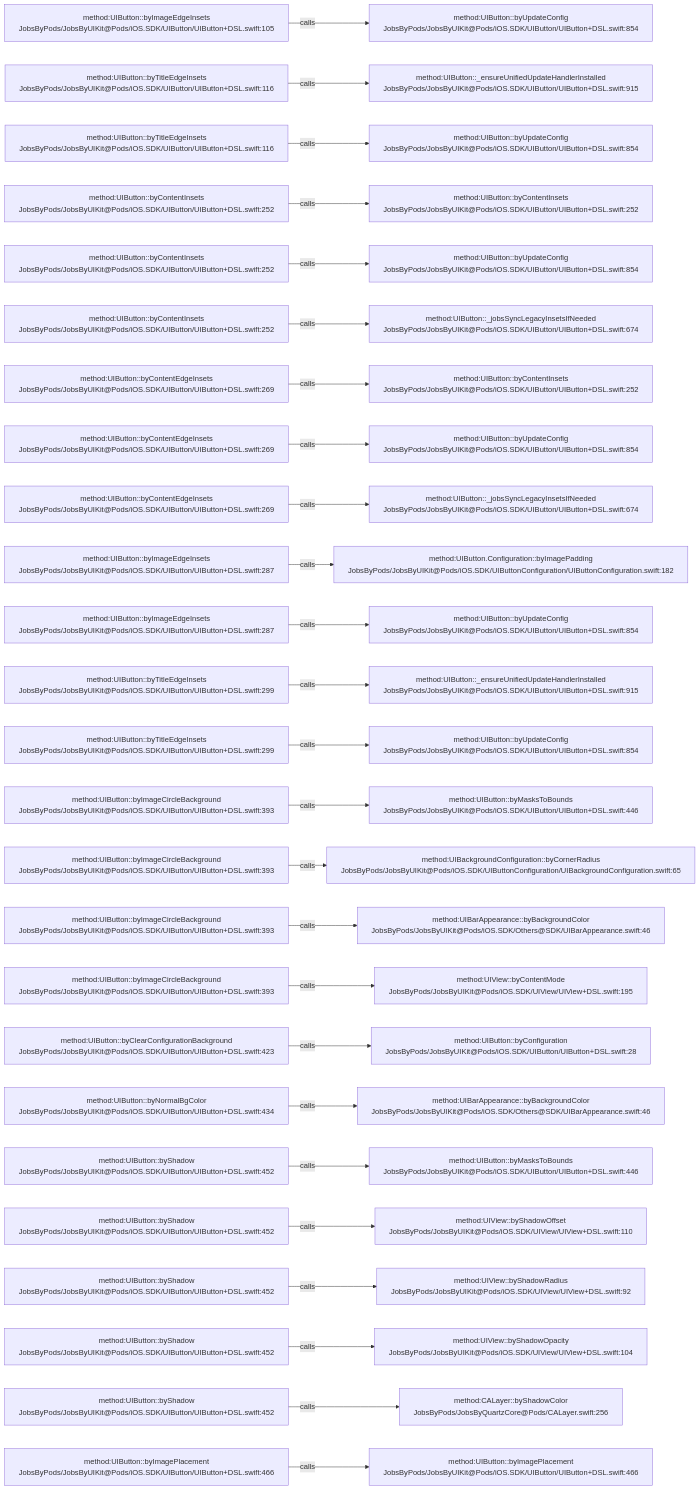
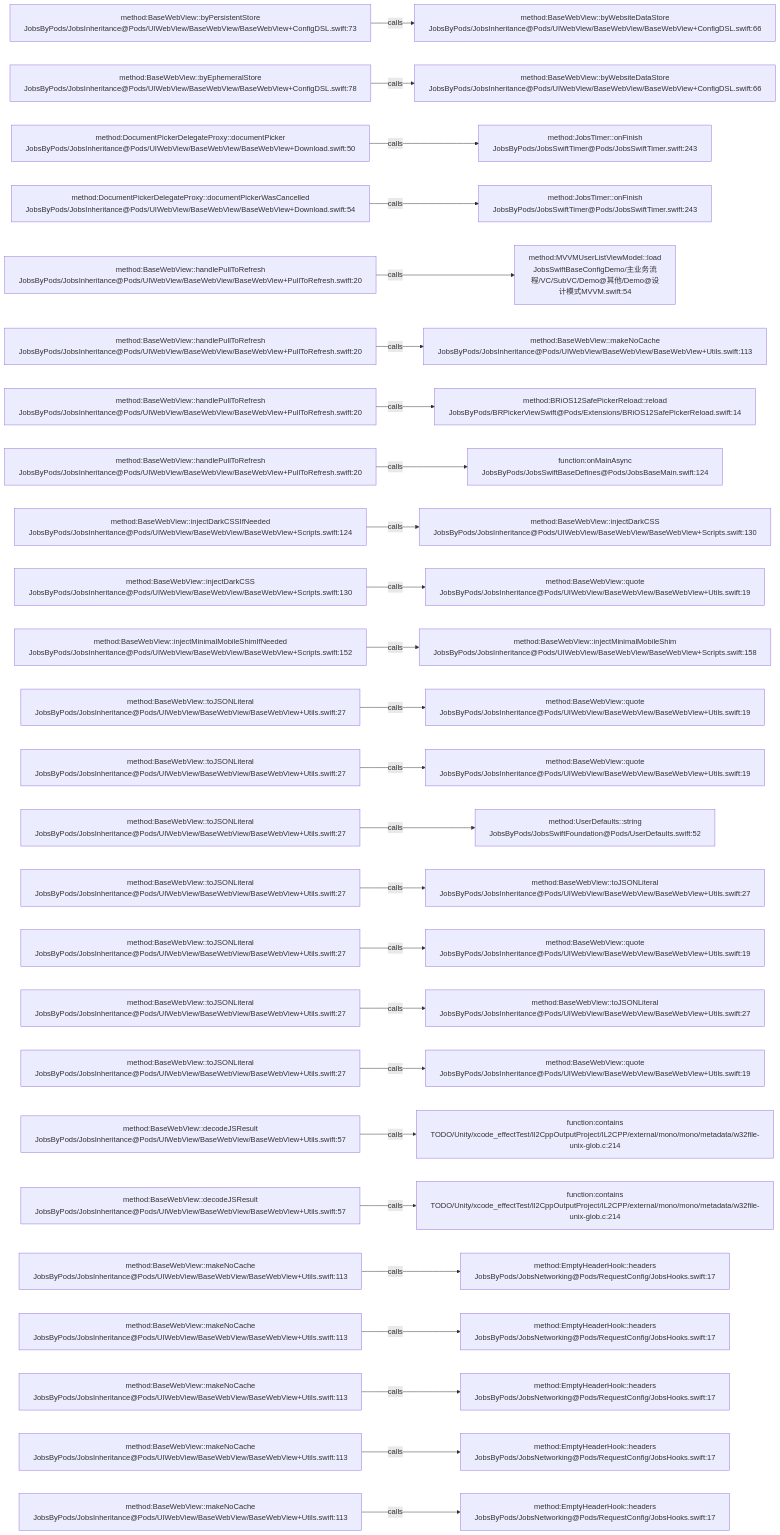
One commit to JobsKits/JobsSwiftBaseConfigDemo changed the diagram in .codegraph/codegraph.md/graphs/calls-035.md. Above: the diagram before and after it, drawn with Mermaid. The commit also changed 569 other files, not shown here.

````diff
--- a/.codegraph/codegraph.md/graphs/calls-035.md
+++ b/.codegraph/codegraph.md/graphs/calls-035.md
@@ -13,78 +13,78 @@
 ```mermaid
 flowchart LR
-  S1["method:UIButton::byImageEdgeInsets<br/>JobsByPods/JobsByUIKit@Pods/iOS.SDK/UIButton/UIButton+DSL.swift:105"]
-  T1["method:UIButton::byUpdateConfig<br/>JobsByPods/JobsByUIKit@Pods/iOS.SDK/UIButton/UIButton+DSL.swift:854"]
+  S1["method:BaseWebView::byPersistentStore<br/>JobsByPods/JobsInheritance@Pods/UIWebView/BaseWebView/BaseWebView+ConfigDSL.swift:73"]
+  T1["method:BaseWebView::byWebsiteDataStore<br/>JobsByPods/JobsInheritance@Pods/UIWebView/BaseWebView/BaseWebView+ConfigDSL.swift:66"]
   S1 -->|calls| T1
-  S2["method:UIButton::byTitleEdgeInsets<br/>JobsByPods/JobsByUIKit@Pods/iOS.SDK/UIButton/UIButton+DSL.swift:116"]
-  T2["method:UIButton::_ensureUnifiedUpdateHandlerInstalled<br/>JobsByPods/JobsByUIKit@Pods/iOS.SDK/UIButton/UIButton+DSL.swift:915"]
+  S2["method:BaseWebView::byEphemeralStore<br/>JobsByPods/JobsInheritance@Pods/UIWebView/BaseWebView/BaseWebView+ConfigDSL.swift:78"]
+  T2["method:BaseWebView::byWebsiteDataStore<br/>JobsByPods/JobsInheritance@Pods/UIWebView/BaseWebView/BaseWebView+ConfigDSL.swift:66"]
   S2 -->|calls| T2
-  S3["method:UIButton::byTitleEdgeInsets<br/>JobsByPods/JobsByUIKit@Pods/iOS.SDK/UIButton/UIButton+DSL.swift:116"]
-  T3["method:UIButton::byUpdateConfig<br/>JobsByPods/JobsByUIKit@Pods/iOS.SDK/UIButton/UIButton+DSL.swift:854"]
+  S3["method:DocumentPickerDelegateProxy::documentPicker<br/>JobsByPods/JobsInheritance@Pods/UIWebView/BaseWebView/BaseWebView+Download.swift:50"]
+  T3["method:JobsTimer::onFinish<br/>JobsByPods/JobsSwiftTimer@Pods/JobsSwiftTimer.swift:243"]
   S3 -->|calls| T3
-  S4["method:UIButton::byContentInsets<br/>JobsByPods/JobsByUIKit@Pods/iOS.SDK/UIButton/UIButton+DSL.swift:252"]
-  T4["method:UIButton::byContentInsets<br/>JobsByPods/JobsByUIKit@Pods/iOS.SDK/UIButton/UIButton+DSL.swift:252"]
+  S4["method:DocumentPickerDelegateProxy::documentPickerWasCancelled<br/>JobsByPods/JobsInheritance@Pods/UIWebView/BaseWebView/BaseWebView+Download.swift:54"]
+  T4["method:JobsTimer::onFinish<br/>JobsByPods/JobsSwiftTimer@Pods/JobsSwiftTimer.swift:243"]
   S4 -->|calls| T4
-  S5["method:UIButton::byContentInsets<br/>JobsByPods/JobsByUIKit@Pods/iOS.SDK/UIButton/UIButton+DSL.swift:252"]
-  T5["method:UIButton::byUpdateConfig<br/>JobsByPods/JobsByUIKit@Pods/iOS.SDK/UIButton/UIButton+DSL.swift:854"]
+  S5["method:BaseWebView::handlePullToRefresh<br/>JobsByPods/JobsInheritance@Pods/UIWebView/BaseWebView/BaseWebView+PullToRefresh.swift:20"]
+  T5["method:MVVMUserListViewModel::load<br/>JobsSwiftBaseConfigDemo/主业务流程/VC/SubVC/Demo@其他/Demo@设计模式MVVM.swift:54"]
   S5 -->|calls| T5
-  S6["method:UIButton::byContentInsets<br/>JobsByPods/JobsByUIKit@Pods/iOS.SDK/UIButton/UIButton+DSL.swift:252"]
-  T6["method:UIButton::_jobsSyncLegacyInsetsIfNeeded<br/>JobsByPods/JobsByUIKit@Pods/iOS.SDK/UIButton/UIButton+DSL.swift:674"]
+  S6["method:BaseWebView::handlePullToRefresh<br/>JobsByPods/JobsInheritance@Pods/UIWebView/BaseWebView/BaseWebView+PullToRefresh.swift:20"]
+  T6["method:BaseWebView::makeNoCache<br/>JobsByPods/JobsInheritance@Pods/UIWebView/BaseWebView/BaseWebView+Utils.swift:113"]
   S6 -->|calls| T6
-  S7["method:UIButton::byContentEdgeInsets<br/>JobsByPods/JobsByUIKit@Pods/iOS.SDK/UIButton/UIButton+DSL.swift:269"]
-  T7["method:UIButton::byContentInsets<br/>JobsByPods/JobsByUIKit@Pods/iOS.SDK/UIButton/UIButton+DSL.swift:252"]
+  S7["method:BaseWebView::handlePullToRefresh<br/>JobsByPods/JobsInheritance@Pods/UIWebView/BaseWebView/BaseWebView+PullToRefresh.swift:20"]
+  T7["method:BRiOS12SafePickerReload::reload<br/>JobsByPods/BRPickerViewSwift@Pods/Extensions/BRiOS12SafePickerReload.swift:14"]
   S7 -->|calls| T7
-  S8["method:UIButton::byContentEdgeInsets<br/>JobsByPods/JobsByUIKit@Pods/iOS.SDK/UIButton/UIButton+DSL.swift:269"]
-  T8["method:UIButton::byUpdateConfig<br/>JobsByPods/JobsByUIKit@Pods/iOS.SDK/UIButton/UIButton+DSL.swift:854"]
+  S8["method:BaseWebView::handlePullToRefresh<br/>JobsByPods/JobsInheritance@Pods/UIWebView/BaseWebView/BaseWebView+PullToRefresh.swift:20"]
+  T8["function:onMainAsync<br/>JobsByPods/JobsSwiftBaseDefines@Pods/JobsBaseMain.swift:124"]
   S8 -->|calls| T8
-  S9["method:UIButton::byContentEdgeInsets<br/>JobsByPods/JobsByUIKit@Pods/iOS.SDK/UIButton/UIButton+DSL.swift:269"]
-  T9["method:UIButton::_jobsSyncLegacyInsetsIfNeeded<br/>JobsByPods/JobsByUIKit@Pods/iOS.SDK/UIButton/UIButton+DSL.swift:674"]
+  S9["method:BaseWebView::injectDarkCSSIfNeeded<br/>JobsByPods/JobsInheritance@Pods/UIWebView/BaseWebView/BaseWebView+Scripts.swift:124"]
+  T9["method:BaseWebView::injectDarkCSS<br/>JobsByPods/JobsInheritance@Pods/UIWebView/BaseWebView/BaseWebView+Scripts.swift:130"]
   S9 -->|calls| T9
-  S10["method:UIButton::byImageEdgeInsets<br/>JobsByPods/JobsByUIKit@Pods/iOS.SDK/UIButton/UIButton+DSL.swift:287"]
-  T10["method:UIButton.Configuration::byImagePadding<br/>JobsByPods/JobsByUIKit@Pods/iOS.SDK/UIButtonConfiguration/UIButtonConfiguration.swift:182"]
+  S10["method:BaseWebView::injectDarkCSS<br/>JobsByPods/JobsInheritance@Pods/UIWebView/BaseWebView/BaseWebView+Scripts.swift:130"]
+  T10["method:BaseWebView::quote<br/>JobsByPods/JobsInheritance@Pods/UIWebView/BaseWebView/BaseWebView+Utils.swift:19"]
   S10 -->|calls| T10
-  S11["method:UIButton::byImageEdgeInsets<br/>JobsByPods/JobsByUIKit@Pods/iOS.SDK/UIButton/UIButton+DSL.swift:287"]
-  T11["method:UIButton::byUpdateConfig<br/>JobsByPods/JobsByUIKit@Pods/iOS.SDK/UIButton/UIButton+DSL.swift:854"]
+  S11["method:BaseWebView::injectMinimalMobileShimIfNeeded<br/>JobsByPods/JobsInheritance@Pods/UIWebView/BaseWebView/BaseWebView+Scripts.swift:152"]
+  T11["method:BaseWebView::injectMinimalMobileShim<br/>JobsByPods/JobsInheritance@Pods/UIWebView/BaseWebView/BaseWebView+Scripts.swift:158"]
   S11 -->|calls| T11
-  S12["method:UIButton::byTitleEdgeInsets<br/>JobsByPods/JobsByUIKit@Pods/iOS.SDK/UIButton/UIButton+DSL.swift:299"]
-  T12["method:UIButton::_ensureUnifiedUpdateHandlerInstalled<br/>JobsByPods/JobsByUIKit@Pods/iOS.SDK/UIButton/UIButton+DSL.swift:915"]
+  S12["method:BaseWebView::toJSONLiteral<br/>JobsByPods/JobsInheritance@Pods/UIWebView/BaseWebView/BaseWebView+Utils.swift:27"]
+  T12["method:BaseWebView::quote<br/>JobsByPods/JobsInheritance@Pods/UIWebView/BaseWebView/BaseWebView+Utils.swift:19"]
   S12 -->|calls| T12
-  S13["method:UIButton::byTitleEdgeInsets<br/>JobsByPods/JobsByUIKit@Pods/iOS.SDK/UIButton/UIButton+DSL.swift:299"]
-  T13["method:UIButton::byUpdateConfig<br/>JobsByPods/JobsByUIKit@Pods/iOS.SDK/UIButton/UIButton+DSL.swift:854"]
+  S13["method:BaseWebView::toJSONLiteral<br/>JobsByPods/JobsInheritance@Pods/UIWebView/BaseWebView/BaseWebView+Utils.swift:27"]
+  T13["method:BaseWebView::quote<br/>JobsByPods/JobsInheritance@Pods/UIWebView/BaseWebView/BaseWebView+Utils.swift:19"]
   S13 -->|calls| T13
-  S14["method:UIButton::byImageCircleBackground<br/>JobsByPods/JobsByUIKit@Pods/iOS.SDK/UIButton/UIButton+DSL.swift:393"]
-  T14["method:UIButton::byMasksToBounds<br/>JobsByPods/JobsByUIKit@Pods/iOS.SDK/UIButton/UIButton+DSL.swift:446"]
+  S14["method:BaseWebView::toJSONLiteral<br/>JobsByPods/JobsInheritance@Pods/UIWebView/BaseWebView/BaseWebView+Utils.swift:27"]
+  T14["method:UserDefaults::string<br/>JobsByPods/JobsSwiftFoundation@Pods/UserDefaults.swift:52"]
   S14 -->|calls| T14
-  S15["method:UIButton::byImageCircleBackground<br/>JobsByPods/JobsByUIKit@Pods/iOS.SDK/UIButton/UIButton+DSL.swift:393"]
-  T15["method:UIBackgroundConfiguration::byCornerRadius<br/>JobsByPods/JobsByUIKit@Pods/iOS.SDK/UIButtonConfiguration/UIBackgroundConfiguration.swift:65"]
+  S15["method:BaseWebView::toJSONLiteral<br/>JobsByPods/JobsInheritance@Pods/UIWebView/BaseWebView/BaseWebView+Utils.swift:27"]
+  T15["method:BaseWebView::toJSONLiteral<br/>JobsByPods/JobsInheritance@Pods/UIWebView/BaseWebView/BaseWebView+Utils.swift:27"]
   S15 -->|calls| T15
-  S16["method:UIButton::byImageCircleBackground<br/>JobsByPods/JobsByUIKit@Pods/iOS.SDK/UIButton/UIButton+DSL.swift:393"]
-  T16["method:UIBarAppearance::byBackgroundColor<br/>JobsByPods/JobsByUIKit@Pods/iOS.SDK/Others@SDK/UIBarAppearance.swift:46"]
+  S16["method:BaseWebView::toJSONLiteral<br/>JobsByPods/JobsInheritance@Pods/UIWebView/BaseWebView/BaseWebView+Utils.swift:27"]
+  T16["method:BaseWebView::quote<br/>JobsByPods/JobsInheritance@Pods/UIWebView/BaseWebView/BaseWebView+Utils.swift:19"]
   S16 -->|calls| T16
-  S17["method:UIButton::byImageCircleBackground<br/>JobsByPods/JobsByUIKit@Pods/iOS.SDK/UIButton/UIButton+DSL.swift:393"]
-  T17["method:UIView::byContentMode<br/>JobsByPods/JobsByUIKit@Pods/iOS.SDK/UIView/UIView+DSL.swift:195"]
+  S17["method:BaseWebView::toJSONLiteral<br/>JobsByPods/JobsInheritance@Pods/UIWebView/BaseWebView/BaseWebView+Utils.swift:27"]
+  T17["method:BaseWebView::toJSONLiteral<br/>JobsByPods/JobsInheritance@Pods/UIWebView/BaseWebView/BaseWebView+Utils.swift:27"]
   S17 -->|calls| T17
-  S18["method:UIButton::byClearConfigurationBackground<br/>JobsByPods/JobsByUIKit@Pods/iOS.SDK/UIButton/UIButton+DSL.swift:423"]
-  T18["method:UIButton::byConfiguration<br/>JobsByPods/JobsByUIKit@Pods/iOS.SDK/UIButton/UIButton+DSL.swift:28"]
+  S18["method:BaseWebView::toJSONLiteral<br/>JobsByPods/JobsInheritance@Pods/UIWebView/BaseWebView/BaseWebView+Utils.swift:27"]
+  T18["method:BaseWebView::quote<br/>JobsByPods/JobsInheritance@Pods/UIWebView/BaseWebView/BaseWebView+Utils.swift:19"]
   S18 -->|calls| T18
-  S19["method:UIButton::byNormalBgColor<br/>JobsByPods/JobsByUIKit@Pods/iOS.SDK/UIButton/UIButton+DSL.swift:434"]
-  T19["method:UIBarAppearance::byBackgroundColor<br/>JobsByPods/JobsByUIKit@Pods/iOS.SDK/Others@SDK/UIBarAppearance.swift:46"]
+  S19["method:BaseWebView::decodeJSResult<br/>JobsByPods/JobsInheritance@Pods/UIWebView/BaseWebView/BaseWebView+Utils.swift:57"]
+  T19["function:contains<br/>TODO/Unity/xcode_effectTest/Il2CppOutputProject/IL2CPP/external/mono/mono/metadata/w32file-unix-glob.c:214"]
   S19 -->|calls| T19
-  S20["method:UIButton::byShadow<br/>JobsByPods/JobsByUIKit@Pods/iOS.SDK/UIButton/UIButton+DSL.swift:452"]
-  T20["method:UIButton::byMasksToBounds<br/>JobsByPods/JobsByUIKit@Pods/iOS.SDK/UIButton/UIButton+DSL.swift:446"]
+  S20["method:BaseWebView::decodeJSResult<br/>JobsByPods/JobsInheritance@Pods/UIWebView/BaseWebView/BaseWebView+Utils.swift:57"]
+  T20["function:contains<br/>TODO/Unity/xcode_effectTest/Il2CppOutputProject/IL2CPP/external/mono/mono/metadata/w32file-unix-glob.c:214"]
   S20 -->|calls| T20
-  S21["method:UIButton::byShadow<br/>JobsByPods/JobsByUIKit@Pods/iOS.SDK/UIButton/UIButton+DSL.swift:452"]
-  T21["method:UIView::byShadowOffset<br/>JobsByPods/JobsByUIKit@Pods/iOS.SDK/UIView/UIView+DSL.swift:110"]
+  S21["method:BaseWebView::makeNoCache<br/>JobsByPods/JobsInheritance@Pods/UIWebView/BaseWebView/BaseWebView+Utils.swift:113"]
+  T21["method:EmptyHeaderHook::headers<br/>JobsByPods/JobsNetworking@Pods/RequestConfig/JobsHooks.swift:17"]
   S21 -->|calls| T21
-  S22["method:UIButton::byShadow<br/>JobsByPods/JobsByUIKit@Pods/iOS.SDK/UIButton/UIButton+DSL.swift:452"]
-  T22["method:UIView::byShadowRadius<br/>JobsByPods/JobsByUIKit@Pods/iOS.SDK/UIView/UIView+DSL.swift:92"]
+  S22["method:BaseWebView::makeNoCache<br/>JobsByPods/JobsInheritance@Pods/UIWebView/BaseWebView/BaseWebView+Utils.swift:113"]
+  T22["method:EmptyHeaderHook::headers<br/>JobsByPods/JobsNetworking@Pods/RequestConfig/JobsHooks.swift:17"]
   S22 -->|calls| T22
-  S23["method:UIButton::byShadow<br/>JobsByPods/JobsByUIKit@Pods/iOS.SDK/UIButton/UIButton+DSL.swift:452"]
-  T23["method:UIView::byShadowOpacity<br/>JobsByPods/JobsByUIKit@Pods/iOS.SDK/UIView/UIView+DSL.swift:104"]
+  S23["method:BaseWebView::makeNoCache<br/>JobsByPods/JobsInheritance@Pods/UIWebView/BaseWebView/BaseWebView+Utils.swift:113"]
+  T23["method:EmptyHeaderHook::headers<br/>JobsByPods/JobsNetworking@Pods/RequestConfig/JobsHooks.swift:17"]
   S23 -->|calls| T23
-  S24["method:UIButton::byShadow<br/>JobsByPods/JobsByUIKit@Pods/iOS.SDK/UIButton/UIButton+DSL.swift:452"]
-  T24["method:CALayer::byShadowColor<br/>JobsByPods/JobsByQuartzCore@Pods/CALayer.swift:256"]
+  S24["method:BaseWebView::makeNoCache<br/>JobsByPods/JobsInheritance@Pods/UIWebView/BaseWebView/BaseWebView+Utils.swift:113"]
+  T24["method:EmptyHeaderHook::headers<br/>JobsByPods/JobsNetworking@Pods/RequestConfig/JobsHooks.swift:17"]
   S24 -->|calls| T24
-  S25["method:UIButton::byImagePlacement<br/>JobsByPods/JobsByUIKit@Pods/iOS.SDK/UIButton/UIButton+DSL.swift:466"]
-  T25["method:UIButton::byImagePlacement<br/>JobsByPods/JobsByUIKit@Pods/iOS.SDK/UIButton/UIButton+DSL.swift:466"]
+  S25["method:BaseWebView::makeNoCache<br/>JobsByPods/JobsInheritance@Pods/UIWebView/BaseWebView/BaseWebView+Utils.swift:113"]
+  T25["method:EmptyHeaderHook::headers<br/>JobsByPods/JobsNetworking@Pods/RequestConfig/JobsHooks.swift:17"]
   S25 -->|calls| T25
 ```
````
